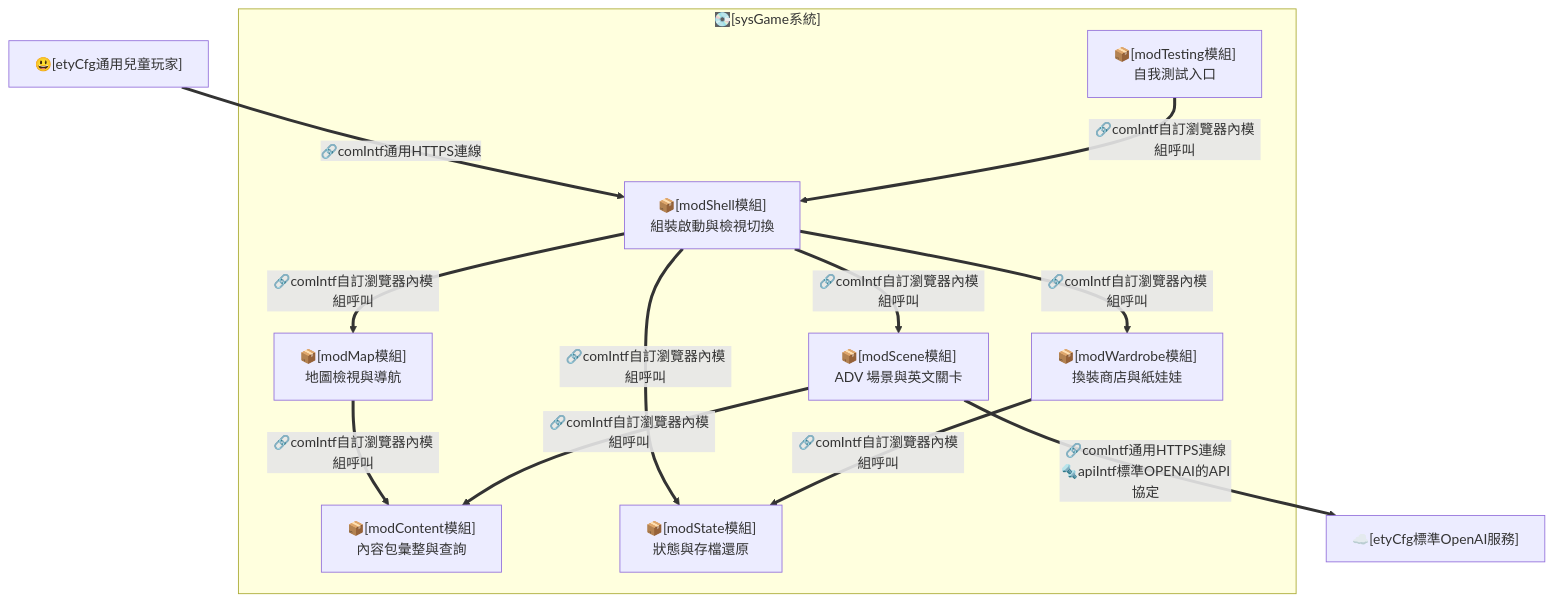
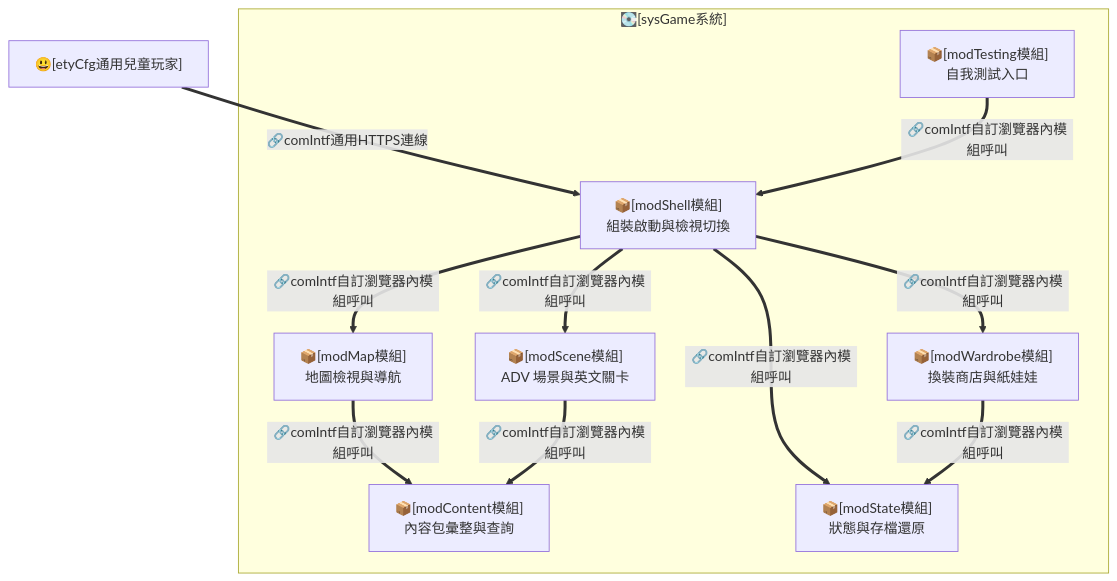
Before and after one commit to twStellerWhale-Ocean2/solKidGalGame1: the third of 5 diagrams in docs/design.md, drawn with Mermaid. The commit also changed other lines of this file and 14 other files, not shown here.

````diff
--- a/docs/design.md
+++ b/docs/design.md
@@ -135,27 +124,25 @@
 ```mermaid
 flowchart TB
 
 USR["😃[etyCfg通用兒童玩家]"]
-OPENAI["☁️[etyCfg標準OpenAI服務]"]
 
 subgraph SYS["💽[sysGame系統]"]
   SHELL["📦[modShell模組]<br/>組裝啟動與檢視切換"]
   CONTENT["📦[modContent模組]<br/>內容包彙整與查詢"]
   STATE["📦[modState模組]<br/>狀態與存檔還原"]
   MAP["📦[modMap模組]<br/>地圖檢視與導航"]
   SCENE["📦[modScene模組]<br/>ADV 場景與英文關卡"]
   WARDROBE["📦[modWardrobe模組]<br/>換裝商店與紙娃娃"]
   TESTING["📦[modTesting模組]<br/>自我測試入口"]
 end
 
 USR ==>|"🔗comIntf通用HTTPS連線"| SHELL
 SHELL ==>|"🔗comIntf自訂瀏覽器內模組呼叫"| MAP
 SHELL ==>|"🔗comIntf自訂瀏覽器內模組呼叫"| SCENE
 SHELL ==>|"🔗comIntf自訂瀏覽器內模組呼叫"| WARDROBE
 SHELL ==>|"🔗comIntf自訂瀏覽器內模組呼叫"| STATE
 MAP ==>|"🔗comIntf自訂瀏覽器內模組呼叫"| CONTENT
 SCENE ==>|"🔗comIntf自訂瀏覽器內模組呼叫"| CONTENT
 WARDROBE ==>|"🔗comIntf自訂瀏覽器內模組呼叫"| STATE
-SCENE ==>|"🔗comIntf通用HTTPS連線<br/>🔩apiIntf標準OPENAI的API協定"| OPENAI
 TESTING ==>|"🔗comIntf自訂瀏覽器內模組呼叫"| SHELL
 ```
````
